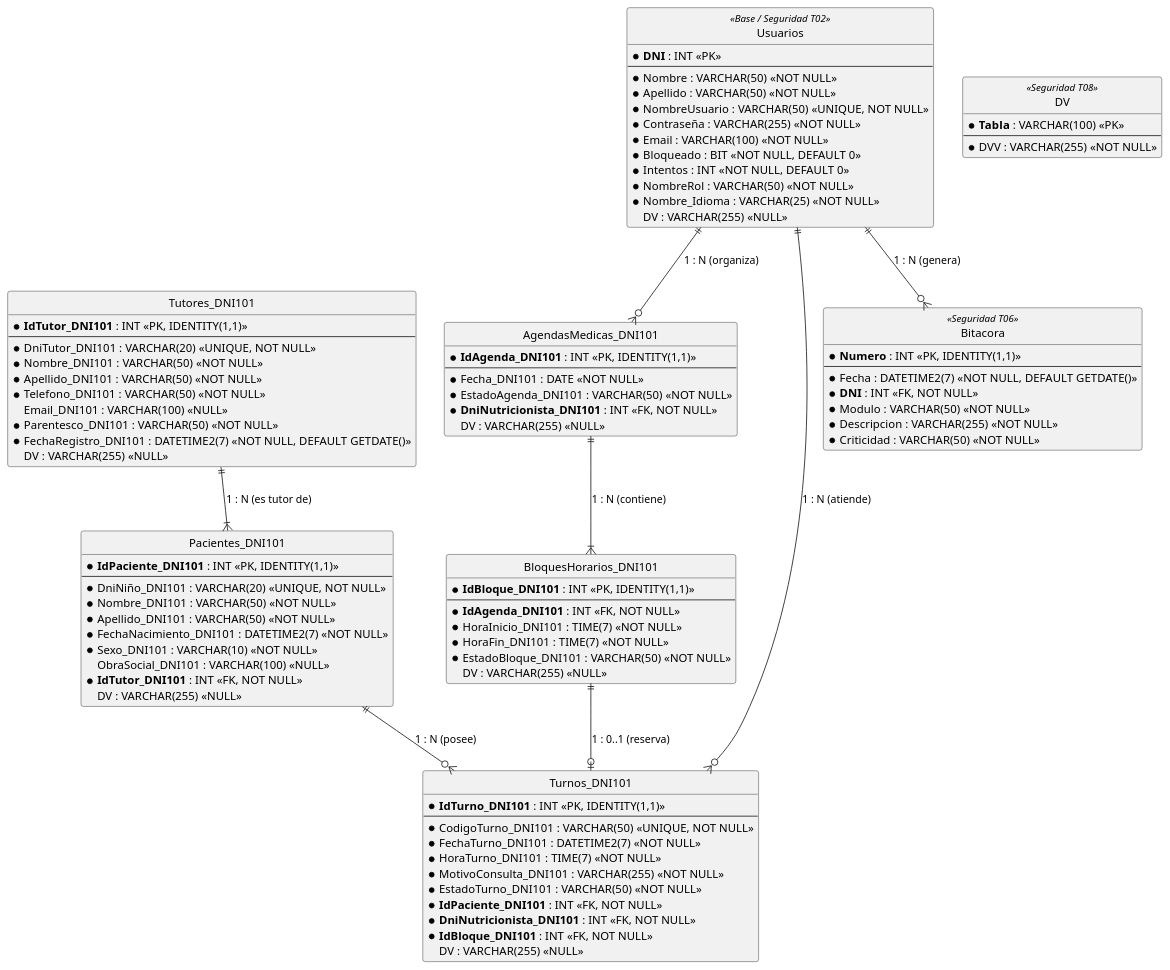
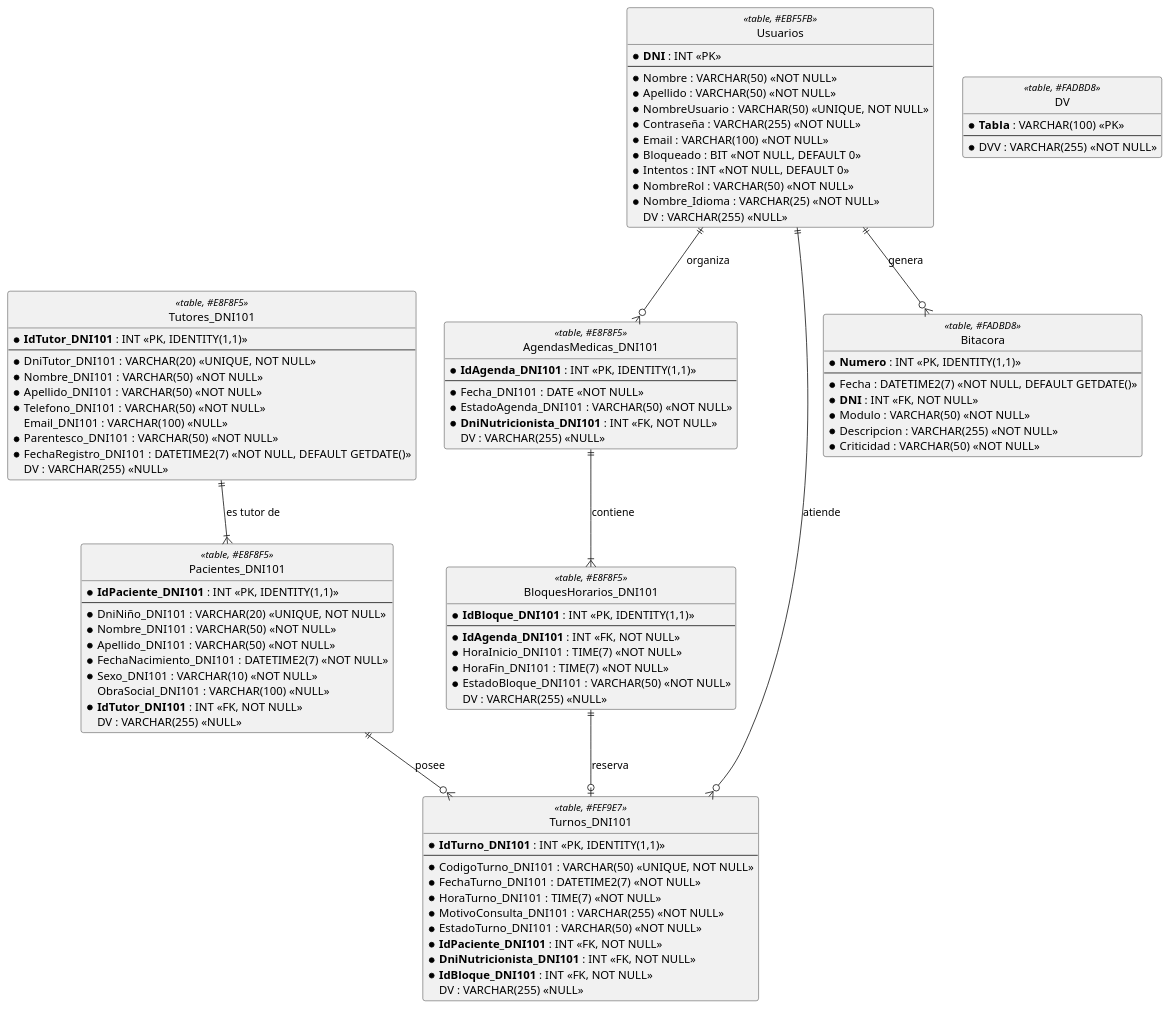
Before and after one commit to GustavoBritez/Trabajo-Diploma-NutriEvolve: the diagram in Diagramas/DER_RF1_Turnos.puml, drawn with PlantUML. The commit also changed 175 other files, not shown here.

```diff
--- a/Diagramas/DER_RF1_Turnos.puml
+++ b/Diagramas/DER_RF1_Turnos.puml
@@ -1,112 +1,113 @@
 @startuml CU01_DER
 skinparam style strictuml
 skinparam roundcorner 6
 skinparam shadowing false
 
 ' ============================================================
 ' MODELO RELACIONAL DE DATOS / DER AFECTADO - CU01: REGISTRAR TURNO
-' Módulo: Gestión de Turnos Nutricionales Pediátricos (RF1)
+' Notación: Information Engineering (Pata de Gallo / Crow's Foot)
+' Módulo: Gestión de Turnos Nutricionales Pediátricos (RF01)
 ' Entidades Reutilizadas: Usuarios y Bitacora (ING SOFTWARE)
 ' ============================================================
 
-entity "Tutores_DNI101" as Tutores {
+entity "Tutores_DNI101" as Tutores <<table, #E8F8F5>> {
     * **IdTutor_DNI101** : INT <<PK, IDENTITY(1,1)>>
     --
     * DniTutor_DNI101 : VARCHAR(20) <<UNIQUE, NOT NULL>>
     * Nombre_DNI101 : VARCHAR(50) <<NOT NULL>>
     * Apellido_DNI101 : VARCHAR(50) <<NOT NULL>>
     * Telefono_DNI101 : VARCHAR(50) <<NOT NULL>>
     Email_DNI101 : VARCHAR(100) <<NULL>>
     * Parentesco_DNI101 : VARCHAR(50) <<NOT NULL>>
     * FechaRegistro_DNI101 : DATETIME2(7) <<NOT NULL, DEFAULT GETDATE()>>
     DV : VARCHAR(255) <<NULL>>
 }
 
-entity "Pacientes_DNI101" as Pacientes {
+entity "Pacientes_DNI101" as Pacientes <<table, #E8F8F5>> {
     * **IdPaciente_DNI101** : INT <<PK, IDENTITY(1,1)>>
     --
     * DniNiño_DNI101 : VARCHAR(20) <<UNIQUE, NOT NULL>>
     * Nombre_DNI101 : VARCHAR(50) <<NOT NULL>>
     * Apellido_DNI101 : VARCHAR(50) <<NOT NULL>>
     * FechaNacimiento_DNI101 : DATETIME2(7) <<NOT NULL>>
     * Sexo_DNI101 : VARCHAR(10) <<NOT NULL>>
     ObraSocial_DNI101 : VARCHAR(100) <<NULL>>
     * **IdTutor_DNI101** : INT <<FK, NOT NULL>>
     DV : VARCHAR(255) <<NULL>>
 }
 
-entity "Usuarios" as Usuarios <<Base / Seguridad T02>> {
+entity "Usuarios" as Usuarios <<table, #EBF5FB>> {
     * **DNI** : INT <<PK>>
     --
     * Nombre : VARCHAR(50) <<NOT NULL>>
     * Apellido : VARCHAR(50) <<NOT NULL>>
     * NombreUsuario : VARCHAR(50) <<UNIQUE, NOT NULL>>
     * Contraseña : VARCHAR(255) <<NOT NULL>>
     * Email : VARCHAR(100) <<NOT NULL>>
     * Bloqueado : BIT <<NOT NULL, DEFAULT 0>>
     * Intentos : INT <<NOT NULL, DEFAULT 0>>
     * NombreRol : VARCHAR(50) <<NOT NULL>>
     * Nombre_Idioma : VARCHAR(25) <<NOT NULL>>
     DV : VARCHAR(255) <<NULL>>
 }
 
-entity "AgendasMedicas_DNI101" as Agendas {
+entity "AgendasMedicas_DNI101" as Agendas <<table, #E8F8F5>> {
     * **IdAgenda_DNI101** : INT <<PK, IDENTITY(1,1)>>
     --
     * Fecha_DNI101 : DATE <<NOT NULL>>
     * EstadoAgenda_DNI101 : VARCHAR(50) <<NOT NULL>>
     * **DniNutricionista_DNI101** : INT <<FK, NOT NULL>>
     DV : VARCHAR(255) <<NULL>>
 }
 
-entity "BloquesHorarios_DNI101" as Bloques {
+entity "BloquesHorarios_DNI101" as Bloques <<table, #E8F8F5>> {
     * **IdBloque_DNI101** : INT <<PK, IDENTITY(1,1)>>
     --
     * **IdAgenda_DNI101** : INT <<FK, NOT NULL>>
     * HoraInicio_DNI101 : TIME(7) <<NOT NULL>>
     * HoraFin_DNI101 : TIME(7) <<NOT NULL>>
     * EstadoBloque_DNI101 : VARCHAR(50) <<NOT NULL>>
     DV : VARCHAR(255) <<NULL>>
 }
 
-entity "Turnos_DNI101" as Turnos {
+entity "Turnos_DNI101" as Turnos <<table, #FEF9E7>> {
     * **IdTurno_DNI101** : INT <<PK, IDENTITY(1,1)>>
     --
     * CodigoTurno_DNI101 : VARCHAR(50) <<UNIQUE, NOT NULL>>
     * FechaTurno_DNI101 : DATETIME2(7) <<NOT NULL>>
     * HoraTurno_DNI101 : TIME(7) <<NOT NULL>>
     * MotivoConsulta_DNI101 : VARCHAR(255) <<NOT NULL>>
     * EstadoTurno_DNI101 : VARCHAR(50) <<NOT NULL>>
     * **IdPaciente_DNI101** : INT <<FK, NOT NULL>>
     * **DniNutricionista_DNI101** : INT <<FK, NOT NULL>>
     * **IdBloque_DNI101** : INT <<FK, NOT NULL>>
     DV : VARCHAR(255) <<NULL>>
 }
 
-entity "DV" as TablaDV <<Seguridad T08>> {
+entity "DV" as TablaDV <<table, #FADBD8>> {
     * **Tabla** : VARCHAR(100) <<PK>>
     --
     * DVV : VARCHAR(255) <<NOT NULL>>
 }
 
-entity "Bitacora" as Bitacora <<Seguridad T06>> {
+entity "Bitacora" as Bitacora <<table, #FADBD8>> {
     * **Numero** : INT <<PK, IDENTITY(1,1)>>
     --
     * Fecha : DATETIME2(7) <<NOT NULL, DEFAULT GETDATE()>>
     * **DNI** : INT <<FK, NOT NULL>>
     * Modulo : VARCHAR(50) <<NOT NULL>>
     * Descripcion : VARCHAR(255) <<NOT NULL>>
     * Criticidad : VARCHAR(50) <<NOT NULL>>
 }
 
-' --- RELACIONES Y CARDINALIDADES RELACIONALES ---
+' --- CARDINALIDADES PATA DE GALLO (Information Engineering) ---
 
-Tutores ||--|{ Pacientes : "1 : N (es tutor de)"
-Pacientes ||--o{ Turnos : "1 : N (posee)"
-Usuarios ||--o{ Agendas : "1 : N (organiza)"
-Agendas ||--|{ Bloques : "1 : N (contiene)"
-Bloques ||--o| Turnos : "1 : 0..1 (reserva)"
-Usuarios ||--o{ Turnos : "1 : N (atiende)"
-Usuarios ||--o{ Bitacora : "1 : N (genera)"
+Tutores ||--|{ Pacientes : "es tutor de"
+Pacientes ||--o{ Turnos : "posee"
+Usuarios ||--o{ Agendas : "organiza"
+Agendas ||--|{ Bloques : "contiene"
+Bloques ||--o| Turnos : "reserva"
+Usuarios ||--o{ Turnos : "atiende"
+Usuarios ||--o{ Bitacora : "genera"
 
 @enduml
```
